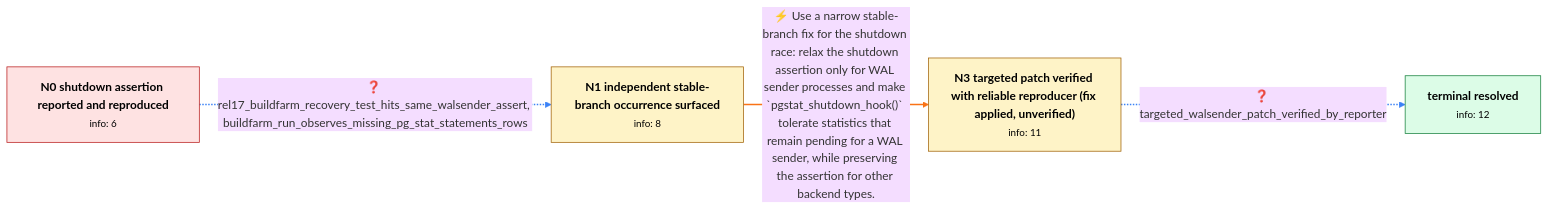
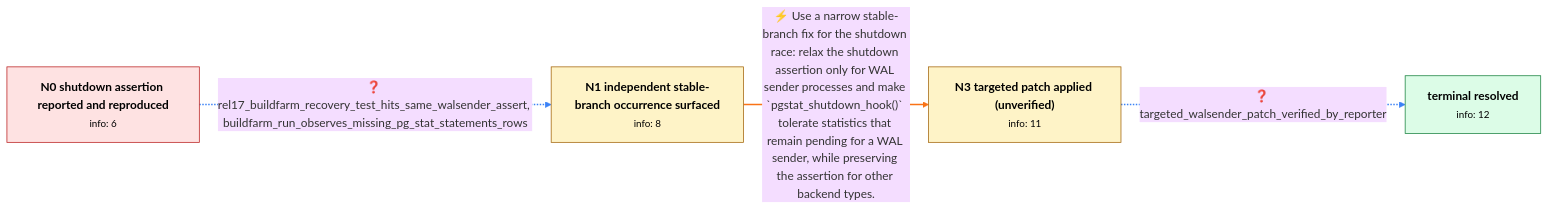
Before and after one commit to Chaoyi-He1/graph_bench: the diagram in data/pgsql_v0/review/pg_bug_18158.md, drawn with Mermaid (base theme). The commit also changed other lines of this file and 20 other files, not shown here.

````diff
--- a/data/pgsql_v0/review/pg_bug_18158.md
+++ b/data/pgsql_v0/review/pg_bug_18158.md
@@ -10,20 +10,20 @@
 ```mermaid
 flowchart LR
     N0["<b>N0 shutdown assertion reported and reproduced</b><br/><small>info: 6</small>"]
     N1["<b>N1 independent stable-branch occurrence surfaced</b><br/><small>info: 8</small>"]
-    N3["<b>N3 targeted patch verified with reliable reproducer (fix applied, unverified)</b><br/><small>info: 11</small>"]
+    N3["<b>N3 targeted patch applied (unverified)</b><br/><small>info: 11</small>"]
     N_terminal["<b>terminal resolved</b><br/><small>info: 12</small>"]
     N0 -.->|"❓ rel17_buildfarm_recovery_test_hits_same_walsender_assert, buildfarm_run_observes_missing_pg_stat_statements_rows"| N1
     linkStyle 0 stroke:#3b82f6,stroke-width:2px
     N3 -.->|"❓ targeted_walsender_patch_verified_by_reporter"| N_terminal
     linkStyle 1 stroke:#3b82f6,stroke-width:2px
     N1 ==>|"⚡ Use a narrow stable-branch fix for the shutdown race: relax the shutdown assertion only for WAL sender processes and make `pgstat_shutdown_hook()` tolerate statistics that remain pending for a WAL sender, while preserving the assertion for other backend types."| N3
     linkStyle 2 stroke:#f97316,stroke-width:2px
     class N0 start
     class N1 normal
     class N3 normal
     class N_terminal terminal
     classDef start fill:#fee2e2,stroke:#b91c1c,color:#000
     classDef terminal fill:#dcfce7,stroke:#15803d,color:#000
     classDef normal fill:#fef3c7,stroke:#a16207,color:#000
 ```
````
